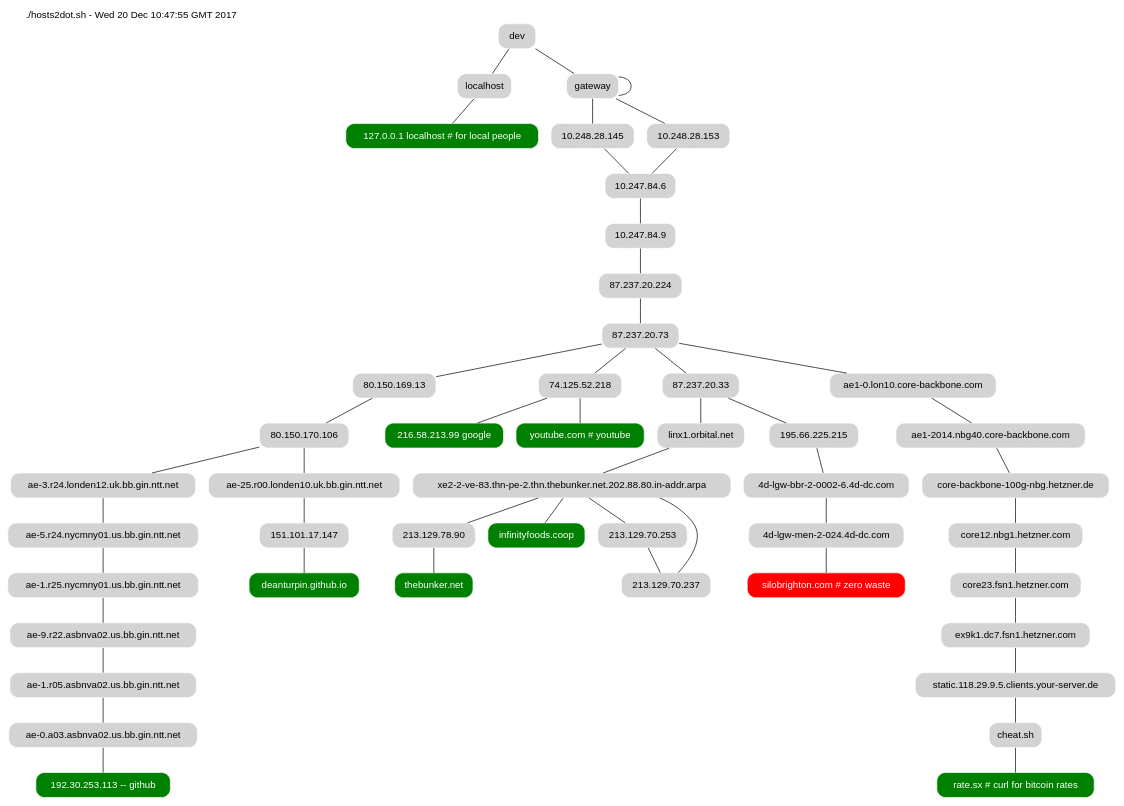
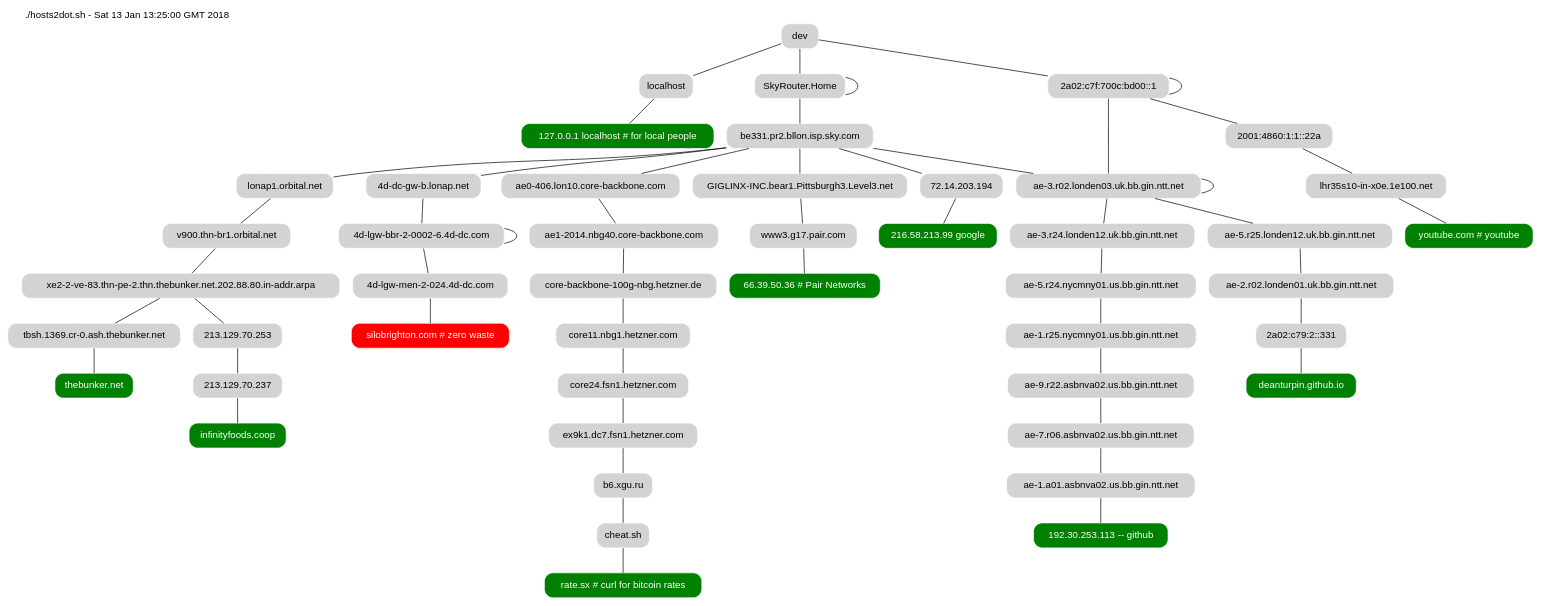
Before and after one commit to deanturpin/hosts2dot: the diagram in topology.dot, drawn with Graphviz. The commit also changed 2 other files, not shown here.

Commit message:
Add Pair and regen

```diff
--- a/topology.dot
+++ b/topology.dot
@@ -1,24 +1,26 @@
 strict graph {
 fontname=helvetica
 node [shape=rect style="filled,rounded" color=white fillcolor=lightgrey fontname=helvetica]
 soy_yo [label="dev"]
-graph [label="./hosts2dot.sh - Wed 20 Dec 10:47:55 GMT 2017" labelloc=top labeljust=left]
+graph [label="./hosts2dot.sh - Sat 13 Jan 13:25:00 GMT 2018" labelloc=top labeljust=left]
 "127.0.0.1 localhost # for local people" [fillcolor=green fontcolor=white]
 soy_yo--"localhost"--"127.0.0.1 localhost # for local people"
 "192.30.253.113 -- github" [fillcolor=green fontcolor=white]
-soy_yo--"gateway"--"gateway"--"10.248.28.145"--"10.247.84.6"--"10.247.84.9"--"87.237.20.224"--"87.237.20.73"--"80.150.169.13"--"80.150.170.106"--"ae-3.r24.londen12.uk.bb.gin.ntt.net"--"ae-5.r24.nycmny01.us.bb.gin.ntt.net"--"ae-1.r25.nycmny01.us.bb.gin.ntt.net"--"ae-9.r22.asbnva02.us.bb.gin.ntt.net"--"ae-1.r05.asbnva02.us.bb.gin.ntt.net"--"ae-0.a03.asbnva02.us.bb.gin.ntt.net"--"192.30.253.113 -- github"
+soy_yo--"SkyRouter.Home"--"SkyRouter.Home"--"be331.pr2.bllon.isp.sky.com"--"ae-3.r02.londen03.uk.bb.gin.ntt.net"--"ae-3.r24.londen12.uk.bb.gin.ntt.net"--"ae-5.r24.nycmny01.us.bb.gin.ntt.net"--"ae-1.r25.nycmny01.us.bb.gin.ntt.net"--"ae-9.r22.asbnva02.us.bb.gin.ntt.net"--"ae-7.r06.asbnva02.us.bb.gin.ntt.net"--"ae-1.a01.asbnva02.us.bb.gin.ntt.net"--"192.30.253.113 -- github"
 "216.58.213.99 google" [fillcolor=green fontcolor=white]
-soy_yo--"gateway"--"gateway"--"10.248.28.145"--"10.247.84.6"--"10.247.84.9"--"87.237.20.224"--"87.237.20.73"--"74.125.52.218"--"216.58.213.99 google"
+soy_yo--"SkyRouter.Home"--"SkyRouter.Home"--"be331.pr2.bllon.isp.sky.com"--"72.14.203.194"--"216.58.213.99 google"
 "youtube.com # youtube" [fillcolor=green fontcolor=white]
-soy_yo--"gateway"--"gateway"--"10.248.28.153"--"10.247.84.6"--"10.247.84.9"--"87.237.20.224"--"87.237.20.73"--"74.125.52.218"--"youtube.com # youtube"
+soy_yo--"2a02:c7f:700c:bd00::1"--"2a02:c7f:700c:bd00::1"--"2001:4860:1:1::22a"--"lhr35s10-in-x0e.1e100.net"--"youtube.com # youtube"
 "deanturpin.github.io" [fillcolor=green fontcolor=white]
-soy_yo--"gateway"--"gateway"--"10.248.28.145"--"10.247.84.6"--"10.247.84.9"--"87.237.20.224"--"87.237.20.73"--"80.150.169.13"--"80.150.170.106"--"ae-25.r00.londen10.uk.bb.gin.ntt.net"--"151.101.17.147"--"deanturpin.github.io"
+soy_yo--"2a02:c7f:700c:bd00::1"--"2a02:c7f:700c:bd00::1"--"ae-3.r02.londen03.uk.bb.gin.ntt.net"--"ae-3.r02.londen03.uk.bb.gin.ntt.net"--"ae-5.r25.londen12.uk.bb.gin.ntt.net"--"ae-2.r02.londen01.uk.bb.gin.ntt.net"--"2a02:c79:2::331"--"deanturpin.github.io"
 "thebunker.net" [fillcolor=green fontcolor=white]
-soy_yo--"gateway"--"gateway"--"10.248.28.153"--"10.247.84.6"--"10.247.84.9"--"87.237.20.224"--"87.237.20.73"--"87.237.20.33"--"linx1.orbital.net"--"xe2-2-ve-83.thn-pe-2.thn.thebunker.net.202.88.80.in-addr.arpa"--"213.129.78.90"--"thebunker.net"
+soy_yo--"SkyRouter.Home"--"SkyRouter.Home"--"be331.pr2.bllon.isp.sky.com"--"lonap1.orbital.net"--"v900.thn-br1.orbital.net"--"xe2-2-ve-83.thn-pe-2.thn.thebunker.net.202.88.80.in-addr.arpa"--"tbsh.1369.cr-0.ash.thebunker.net"--"thebunker.net"
 "infinityfoods.coop" [fillcolor=green fontcolor=white]
-soy_yo--"gateway"--"gateway"--"10.248.28.153"--"10.247.84.6"--"10.247.84.9"--"87.237.20.224"--"87.237.20.73"--"87.237.20.33"--"linx1.orbital.net"--"xe2-2-ve-83.thn-pe-2.thn.thebunker.net.202.88.80.in-addr.arpa"--"213.129.70.253"--"213.129.70.237"--"xe2-2-ve-83.thn-pe-2.thn.thebunker.net.202.88.80.in-addr.arpa"--"infinityfoods.coop"
+soy_yo--"SkyRouter.Home"--"SkyRouter.Home"--"be331.pr2.bllon.isp.sky.com"--"lonap1.orbital.net"--"v900.thn-br1.orbital.net"--"xe2-2-ve-83.thn-pe-2.thn.thebunker.net.202.88.80.in-addr.arpa"--"213.129.70.253"--"213.129.70.237"--"infinityfoods.coop"
 "silobrighton.com # zero waste" [fillcolor=red fontcolor=white]
-soy_yo--"gateway"--"gateway"--"10.248.28.153"--"10.247.84.6"--"10.247.84.9"--"87.237.20.224"--"87.237.20.73"--"87.237.20.33"--"195.66.225.215"--"4d-lgw-bbr-2-0002-6.4d-dc.com"--"4d-lgw-men-2-024.4d-dc.com"--"silobrighton.com # zero waste"
+soy_yo--"SkyRouter.Home"--"SkyRouter.Home"--"be331.pr2.bllon.isp.sky.com"--"4d-dc-gw-b.lonap.net"--"4d-lgw-bbr-2-0002-6.4d-dc.com"--"4d-lgw-bbr-2-0002-6.4d-dc.com"--"4d-lgw-men-2-024.4d-dc.com"--"silobrighton.com # zero waste"
 "rate.sx # curl for bitcoin rates" [fillcolor=green fontcolor=white]
-soy_yo--"gateway"--"gateway"--"10.248.28.145"--"10.247.84.6"--"10.247.84.9"--"87.237.20.224"--"87.237.20.73"--"ae1-0.lon10.core-backbone.com"--"ae1-2014.nbg40.core-backbone.com"--"core-backbone-100g-nbg.hetzner.de"--"core12.nbg1.hetzner.com"--"core23.fsn1.hetzner.com"--"ex9k1.dc7.fsn1.hetzner.com"--"static.118.29.9.5.clients.your-server.de"--"cheat.sh"--"rate.sx # curl for bitcoin rates"
+soy_yo--"SkyRouter.Home"--"SkyRouter.Home"--"be331.pr2.bllon.isp.sky.com"--"ae0-406.lon10.core-backbone.com"--"ae1-2014.nbg40.core-backbone.com"--"core-backbone-100g-nbg.hetzner.de"--"core11.nbg1.hetzner.com"--"core24.fsn1.hetzner.com"--"ex9k1.dc7.fsn1.hetzner.com"--"b6.xgu.ru"--"cheat.sh"--"rate.sx # curl for bitcoin rates"
+"66.39.50.36 # Pair Networks" [fillcolor=green fontcolor=white]
+soy_yo--"SkyRouter.Home"--"SkyRouter.Home"--"be331.pr2.bllon.isp.sky.com"--"GIGLINX-INC.bear1.Pittsburgh3.Level3.net"--"www3.g17.pair.com"--"66.39.50.36 # Pair Networks"
 }
```
